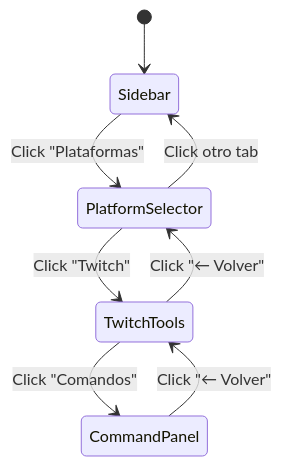
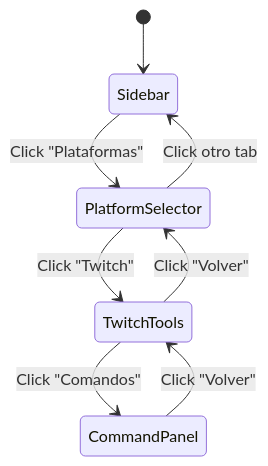
The diagram in .kiro/specs/sidebar-platforms-section/design.md (adan291/StreamCrowd), drawn with Mermaid before and after one commit. The commit also changed 19 other files, not shown here.

````diff
--- a/.kiro/specs/sidebar-platforms-section/design.md
+++ b/.kiro/specs/sidebar-platforms-section/design.md
@@ -36,10 +36,10 @@
 ```mermaid
 stateDiagram-v2
     [*] --> Sidebar
     Sidebar --> PlatformSelector: Click "Plataformas"
     PlatformSelector --> TwitchTools: Click "Twitch"
     TwitchTools --> CommandPanel: Click "Comandos"
-    CommandPanel --> TwitchTools: Click "← Volver"
-    TwitchTools --> PlatformSelector: Click "← Volver"
+    CommandPanel --> TwitchTools: Click "Volver"
+    TwitchTools --> PlatformSelector: Click "Volver"
     PlatformSelector --> Sidebar: Click otro tab
 ```
````
